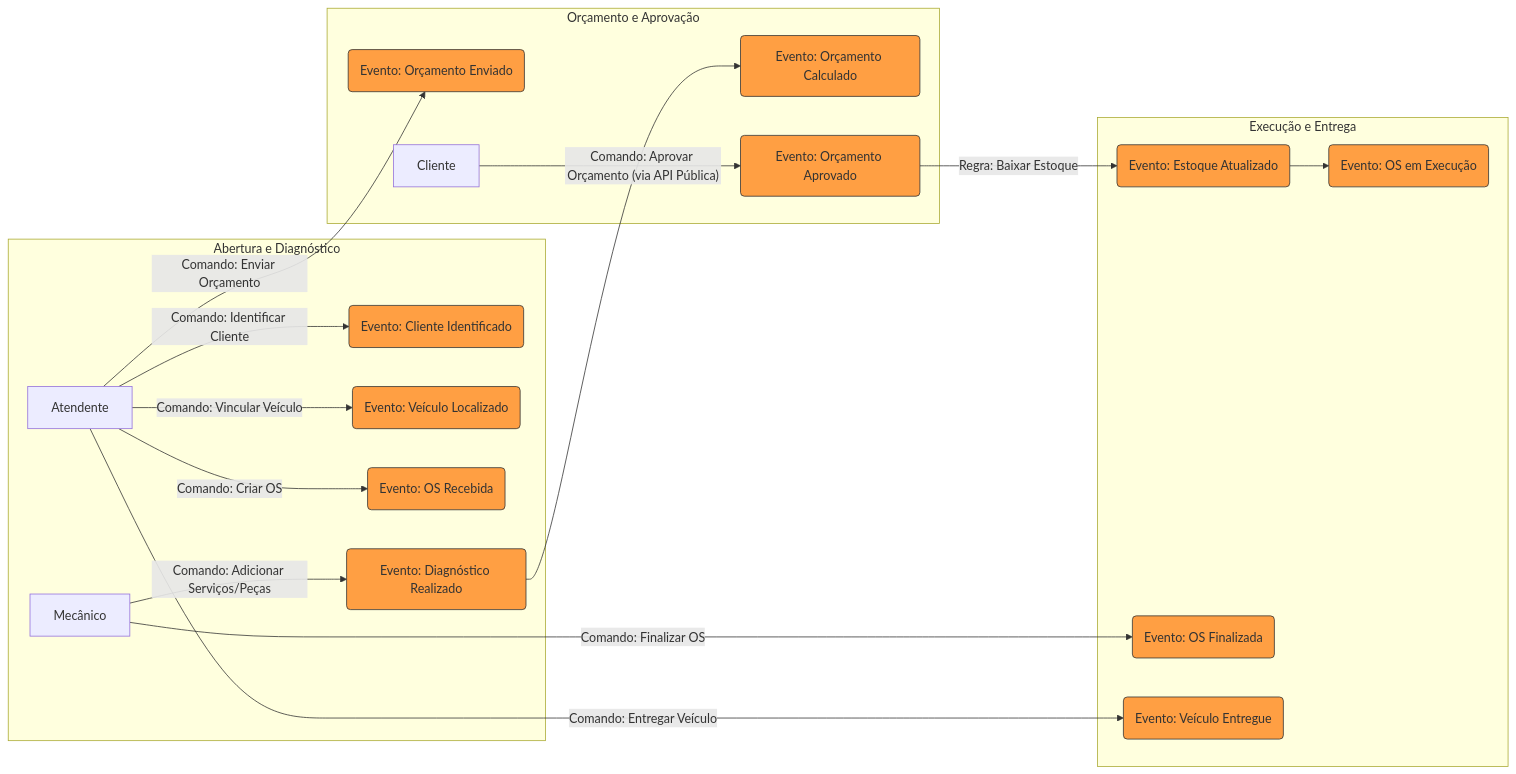
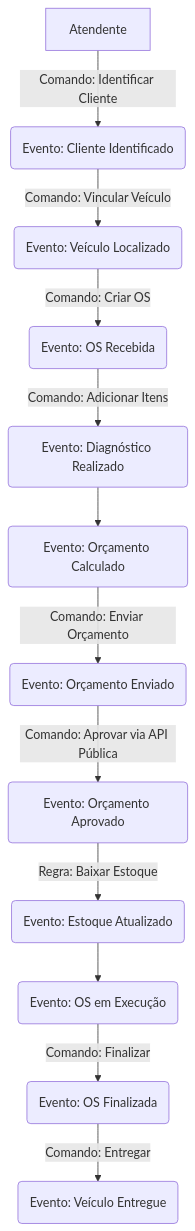
The first of 4 diagrams in docs/DDD_DOCUMENTATION.md (marcelsenarios/fiap-oficina), drawn with Mermaid before and after one commit. The commit also changed other lines of this file, not shown here.

````diff
--- a/docs/DDD_DOCUMENTATION.md
+++ b/docs/DDD_DOCUMENTATION.md
@@ -27,34 +27,14 @@
 ```mermaid
-graph LR
-    subgraph "Abertura e Diagnóstico"
-        C1[Atendente] -- "Comando: Identificar Cliente" --> E1(Evento: Cliente Identificado)
-        C1 -- "Comando: Vincular Veículo" --> E2(Evento: Veículo Localizado)
-        C1 -- "Comando: Criar OS" --> E3(Evento: OS Recebida)
-        C2[Mecânico] -- "Comando: Adicionar Serviços/Peças" --> E4(Evento: Diagnóstico Realizado)
-    end
-
-    subgraph "Orçamento e Aprovação"
-        E4 --> E5(Evento: Orçamento Calculado)
-        C1 -- "Comando: Enviar Orçamento" --> E6(Evento: Orçamento Enviado)
-        C3[Cliente] -- "Comando: Aprovar Orçamento (via API Pública)" --> E7(Evento: Orçamento Aprovado)
-    end
-
-    subgraph "Execução e Entrega"
-        E7 -- "Regra: Baixar Estoque" --> E8(Evento: Estoque Atualizado)
-        E8 --> E9(Evento: OS em Execução)
-        C2 -- "Comando: Finalizar OS" --> E10(Evento: OS Finalizada)
-        C1 -- "Comando: Entregar Veículo" --> E11(Evento: Veículo Entregue)
-    end
-
-    style E1 fill:#ff9f43,stroke:#333
-    style E2 fill:#ff9f43,stroke:#333
-    style E3 fill:#ff9f43,stroke:#333
-    style E4 fill:#ff9f43,stroke:#333
-    style E5 fill:#ff9f43,stroke:#333
-    style E6 fill:#ff9f43,stroke:#333
-    style E7 fill:#ff9f43,stroke:#333
-    style E8 fill:#ff9f43,stroke:#333
-    style E9 fill:#ff9f43,stroke:#333
-    style E10 fill:#ff9f43,stroke:#333
-    style E11 fill:#ff9f43,stroke:#333
+graph TD
+    C1[Atendente] -->|Comando: Identificar Cliente| E1(Evento: Cliente Identificado)
+    E1 -->|Comando: Vincular Veículo| E2(Evento: Veículo Localizado)
+    E2 -->|Comando: Criar OS| E3(Evento: OS Recebida)
+    E3 -->|Comando: Adicionar Itens| E4(Evento: Diagnóstico Realizado)
+    E4 --> E5(Evento: Orçamento Calculado)
+    E5 -->|Comando: Enviar Orçamento| E6(Evento: Orçamento Enviado)
+    E6 -->|Comando: Aprovar via API Pública| E7(Evento: Orçamento Aprovado)
+    E7 -->|Regra: Baixar Estoque| E8(Evento: Estoque Atualizado)
+    E8 --> E9(Evento: OS em Execução)
+    E9 -->|Comando: Finalizar| E10(Evento: OS Finalizada)
+    E10 -->|Comando: Entregar| E11(Evento: Veículo Entregue)
 ```
````
